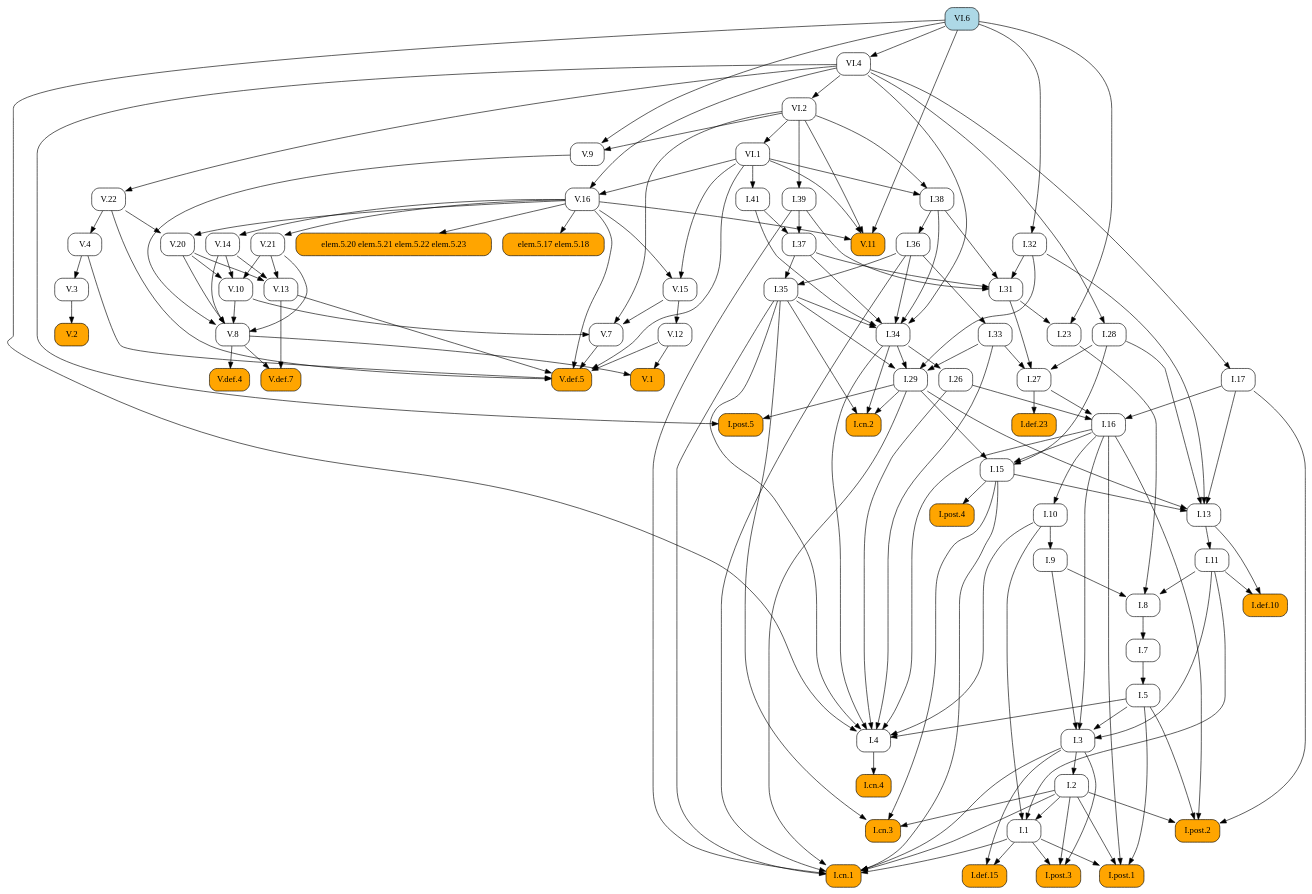
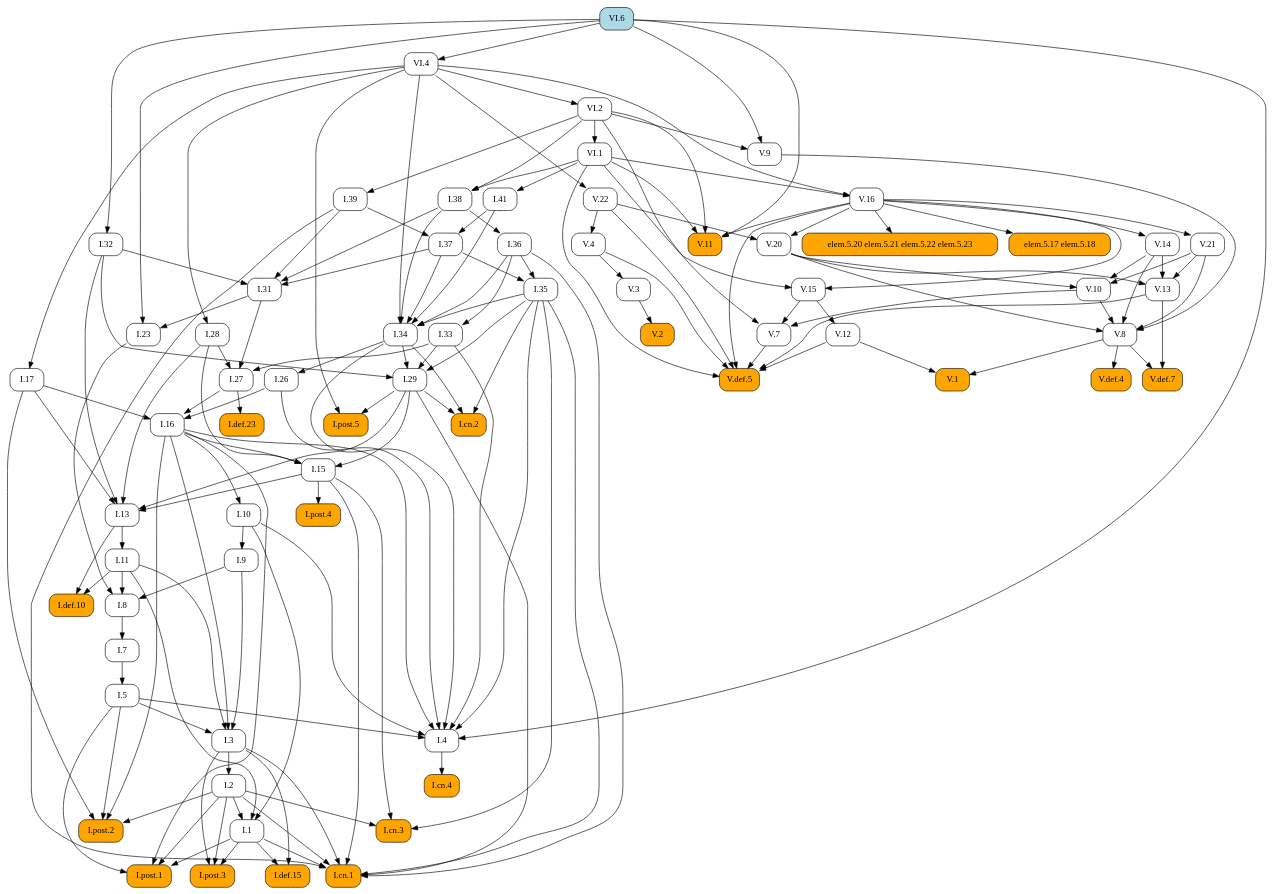
Before and after one commit to geometor/elements: the diagram in docsrc/heath/VI/6/index.rst, drawn with Graphviz. The commit also changed other lines of this file and 1029 other files, not shown here.

```diff
--- a/docsrc/heath/VI/6/index.rst
+++ b/docsrc/heath/VI/6/index.rst
@@ -79,115 +79,194 @@
    digraph {
      rankdir="TB";
      node [shape=box, style=rounded];
+     "I.def.10" [style="rounded,filled", fillcolor=orange, URL="/heath/I/def.10/", target="_top"];
+     "I.11" [URL="/heath/I/11/", target="_top"];
+     "I.post.4" [style="rounded,filled", fillcolor=orange, URL="/heath/I/post.4/", target="_top"];
+     "I.28" [URL="/heath/I/28/", target="_top"];
+     "I.1" [URL="/heath/I/1/", target="_top"];
+     "V.def.5" [style="rounded,filled", fillcolor=orange, URL="/heath/V/def.5/", target="_top"];
+     "V.13" [URL="/heath/V/13/", target="_top"];
+     "V.11" [style="rounded,filled", fillcolor=orange, URL="/heath/V/11/", target="_top"];
+     "VI.6" [style="rounded,filled", fillcolor=lightblue, URL="/heath/VI/6/", target="_top"];
+     "I.post.3" [style="rounded,filled", fillcolor=orange, URL="/heath/I/post.3/", target="_top"];
+     "VI.1" [URL="/heath/VI/1/", target="_top"];
+     "I.cn.3" [style="rounded,filled", fillcolor=orange, URL="/heath/I/cn.3/", target="_top"];
+     "V.16" [URL="/heath/V/16/", target="_top"];
+     "VI.4" [URL="/heath/VI/4/", target="_top"];
+     "V.3" [URL="/heath/V/3/", target="_top"];
+     "V.8" [URL="/heath/V/8/", target="_top"];
+     "I.27" [URL="/heath/I/27/", target="_top"];
+     "I.36" [URL="/heath/I/36/", target="_top"];
+     "I.41" [URL="/heath/I/41/", target="_top"];
+     "I.37" [URL="/heath/I/37/", target="_top"];
+     "I.34" [URL="/heath/I/34/", target="_top"];
+     "I.2" [URL="/heath/I/2/", target="_top"];
+     "I.def.23" [style="rounded,filled", fillcolor=orange, URL="/heath/I/def.23/", target="_top"];
+     "I.17" [URL="/heath/I/17/", target="_top"];
+     "I.33" [URL="/heath/I/33/", target="_top"];
+     "I.post.2" [style="rounded,filled", fillcolor=orange, URL="/heath/I/post.2/", target="_top"];
+     "elem.5.20 elem.5.21 elem.5.22 elem.5.23" [style="rounded,filled", fillcolor=orange];
+     "I.9" [URL="/heath/I/9/", target="_top"];
+     "I.32" [URL="/heath/I/32/", target="_top"];
+     "I.cn.4" [style="rounded,filled", fillcolor=orange, URL="/heath/I/cn.4/", target="_top"];
+     "V.def.4" [style="rounded,filled", fillcolor=orange, URL="/heath/V/def.4/", target="_top"];
+     "I.15" [URL="/heath/I/15/", target="_top"];
+     "I.38" [URL="/heath/I/38/", target="_top"];
+     "V.def.7" [style="rounded,filled", fillcolor=orange, URL="/heath/V/def.7/", target="_top"];
+     "I.5" [URL="/heath/I/5/", target="_top"];
+     "V.21" [URL="/heath/V/21/", target="_top"];
+     "I.39" [URL="/heath/I/39/", target="_top"];
+     "I.26" [URL="/heath/I/26/", target="_top"];
+     "V.14" [URL="/heath/V/14/", target="_top"];
+     "I.29" [URL="/heath/I/29/", target="_top"];
+     "V.22" [URL="/heath/V/22/", target="_top"];
+     "V.12" [URL="/heath/V/12/", target="_top"];
+     "I.cn.2" [style="rounded,filled", fillcolor=orange, URL="/heath/I/cn.2/", target="_top"];
+     "V.20" [URL="/heath/V/20/", target="_top"];
+     "V.10" [URL="/heath/V/10/", target="_top"];
+     "VI.2" [URL="/heath/VI/2/", target="_top"];
+     "I.def.15" [style="rounded,filled", fillcolor=orange, URL="/heath/I/def.15/", target="_top"];
+     "V.15" [URL="/heath/V/15/", target="_top"];
+     "I.cn.1" [style="rounded,filled", fillcolor=orange, URL="/heath/I/cn.1/", target="_top"];
+     "V.7" [URL="/heath/V/7/", target="_top"];
+     "V.9" [URL="/heath/V/9/", target="_top"];
+     "I.23" [URL="/heath/I/23/", target="_top"];
+     "I.post.1" [style="rounded,filled", fillcolor=orange, URL="/heath/I/post.1/", target="_top"];
+     "I.35" [URL="/heath/I/35/", target="_top"];
+     "I.7" [URL="/heath/I/7/", target="_top"];
+     "I.3" [URL="/heath/I/3/", target="_top"];
+     "I.4" [URL="/heath/I/4/", target="_top"];
+     "I.13" [URL="/heath/I/13/", target="_top"];
+     "V.4" [URL="/heath/V/4/", target="_top"];
+     "I.31" [URL="/heath/I/31/", target="_top"];
      "V.1" [style="rounded,filled", fillcolor=orange, URL="/heath/V/1/", target="_top"];
-     "I.29" [URL="/heath/I/29/", target="_top"];
-     "I.7" [URL="/heath/I/7/", target="_top"];
-     "I.27" [URL="/heath/I/27/", target="_top"];
-     "I.def.23" [style="rounded,filled", fillcolor=orange, URL="/heath/I/def.23/", target="_top"];
-     "V.20" [URL="/heath/V/20/", target="_top"];
-     "I.34" [URL="/heath/I/34/", target="_top"];
+     "I.16" [URL="/heath/I/16/", target="_top"];
+     "elem.5.17 elem.5.18" [style="rounded,filled", fillcolor=orange];
      "I.8" [URL="/heath/I/8/", target="_top"];
      "V.2" [style="rounded,filled", fillcolor=orange, URL="/heath/V/2/", target="_top"];
-     "I.9" [URL="/heath/I/9/", target="_top"];
-     "V.22" [URL="/heath/V/22/", target="_top"];
-     "I.post.4" [style="rounded,filled", fillcolor=orange, URL="/heath/I/post.4/", target="_top"];
-     "I.2" [URL="/heath/I/2/", target="_top"];
-     "V.4" [URL="/heath/V/4/", target="_top"];
-     "I.28" [URL="/heath/I/28/", target="_top"];
-     "VI.4" [URL="/heath/VI/4/", target="_top"];
-     "I.cn.4" [style="rounded,filled", fillcolor=orange, URL="/heath/I/cn.4/", target="_top"];
-     "VI.2" [URL="/heath/VI/2/", target="_top"];
-     "elem.5.20 elem.5.21 elem.5.22 elem.5.23" [style="rounded,filled", fillcolor=orange];
-     "I.23" [URL="/heath/I/23/", target="_top"];
-     "I.13" [URL="/heath/I/13/", target="_top"];
-     "I.5" [URL="/heath/I/5/", target="_top"];
-     "I.11" [URL="/heath/I/11/", target="_top"];
-     "I.4" [URL="/heath/I/4/", target="_top"];
-     "I.def.10" [style="rounded,filled", fillcolor=orange, URL="/heath/I/def.10/", target="_top"];
-     "I.post.3" [style="rounded,filled", fillcolor=orange, URL="/heath/I/post.3/", target="_top"];
-     "V.9" [URL="/heath/V/9/", target="_top"];
-     "elem.5.17 elem.5.18" [style="rounded,filled", fillcolor=orange];
-     "V.3" [URL="/heath/V/3/", target="_top"];
-     "I.36" [URL="/heath/I/36/", target="_top"];
-     "V.12" [URL="/heath/V/12/", target="_top"];
-     "I.15" [URL="/heath/I/15/", target="_top"];
-     "I.17" [URL="/heath/I/17/", target="_top"];
-     "I.32" [URL="/heath/I/32/", target="_top"];
-     "I.41" [URL="/heath/I/41/", target="_top"];
-     "V.def.5" [style="rounded,filled", fillcolor=orange, URL="/heath/V/def.5/", target="_top"];
-     "I.cn.3" [style="rounded,filled", fillcolor=orange, URL="/heath/I/cn.3/", target="_top"];
-     "V.16" [URL="/heath/V/16/", target="_top"];
-     "I.38" [URL="/heath/I/38/", target="_top"];
-     "V.15" [URL="/heath/V/15/", target="_top"];
-     "V.def.4" [style="rounded,filled", fillcolor=orange, URL="/heath/V/def.4/", target="_top"];
-     "V.21" [URL="/heath/V/21/", target="_top"];
-     "V.8" [URL="/heath/V/8/", target="_top"];
-     "V.7" [URL="/heath/V/7/", target="_top"];
-     "I.1" [URL="/heath/I/1/", target="_top"];
-     "I.def.15" [style="rounded,filled", fillcolor=orange, URL="/heath/I/def.15/", target="_top"];
-     "I.post.1" [style="rounded,filled", fillcolor=orange, URL="/heath/I/post.1/", target="_top"];
-     "V.13" [URL="/heath/V/13/", target="_top"];
-     "I.26" [URL="/heath/I/26/", target="_top"];
-     "I.33" [URL="/heath/I/33/", target="_top"];
-     "V.def.7" [style="rounded,filled", fillcolor=orange, URL="/heath/V/def.7/", target="_top"];
-     "I.39" [URL="/heath/I/39/", target="_top"];
-     "I.cn.2" [style="rounded,filled", fillcolor=orange, URL="/heath/I/cn.2/", target="_top"];
-     "V.10" [URL="/heath/V/10/", target="_top"];
+     "I.post.5" [style="rounded,filled", fillcolor=orange, URL="/heath/I/post.5/", target="_top"];
      "I.10" [URL="/heath/I/10/", target="_top"];
-     "I.3" [URL="/heath/I/3/", target="_top"];
-     "I.16" [URL="/heath/I/16/", target="_top"];
-     "I.31" [URL="/heath/I/31/", target="_top"];
-     "VI.6" [style="rounded,filled", fillcolor=lightblue, URL="/heath/VI/6/", target="_top"];
-     "V.11" [style="rounded,filled", fillcolor=orange, URL="/heath/V/11/", target="_top"];
-     "I.post.2" [style="rounded,filled", fillcolor=orange, URL="/heath/I/post.2/", target="_top"];
-     "I.post.5" [style="rounded,filled", fillcolor=orange, URL="/heath/I/post.5/", target="_top"];
-     "VI.1" [URL="/heath/VI/1/", target="_top"];
-     "I.35" [URL="/heath/I/35/", target="_top"];
-     "I.cn.1" [style="rounded,filled", fillcolor=orange, URL="/heath/I/cn.1/", target="_top"];
-     "I.37" [URL="/heath/I/37/", target="_top"];
-     "V.14" [URL="/heath/V/14/", target="_top"];
-     "V.8" -> "V.1";
-     "V.12" -> "V.1";
-     "I.32" -> "I.29";
-     "I.33" -> "I.29";
-     "I.34" -> "I.29";
-     "I.35" -> "I.29";
-     "I.8" -> "I.7";
+     "I.11" -> "I.def.10";
+     "I.13" -> "I.def.10";
+     "I.13" -> "I.11";
+     "I.15" -> "I.post.4";
+     "VI.4" -> "I.28";
+     "I.2" -> "I.1";
+     "I.10" -> "I.1";
+     "I.11" -> "I.1";
+     "V.4" -> "V.def.5";
+     "V.7" -> "V.def.5";
+     "V.12" -> "V.def.5";
+     "V.13" -> "V.def.5";
+     "V.16" -> "V.def.5";
+     "V.22" -> "V.def.5";
+     "VI.1" -> "V.def.5";
+     "V.14" -> "V.13";
+     "V.20" -> "V.13";
+     "V.21" -> "V.13";
+     "V.16" -> "V.11";
+     "VI.1" -> "V.11";
+     "VI.2" -> "V.11";
+     "VI.6" -> "V.11";
+     "I.1" -> "I.post.3";
+     "I.2" -> "I.post.3";
+     "I.3" -> "I.post.3";
+     "VI.2" -> "VI.1";
+     "I.2" -> "I.cn.3";
+     "I.15" -> "I.cn.3";
+     "I.35" -> "I.cn.3";
+     "VI.1" -> "V.16";
+     "VI.4" -> "V.16";
+     "VI.6" -> "VI.4";
+     "V.4" -> "V.3";
+     "V.9" -> "V.8";
+     "V.10" -> "V.8";
+     "V.14" -> "V.8";
+     "V.20" -> "V.8";
+     "V.21" -> "V.8";
      "I.28" -> "I.27";
      "I.31" -> "I.27";
      "I.33" -> "I.27";
-     "I.27" -> "I.def.23";
-     "V.16" -> "V.20";
-     "V.22" -> "V.20";
+     "I.38" -> "I.36";
+     "VI.1" -> "I.41";
+     "I.39" -> "I.37";
+     "I.41" -> "I.37";
      "I.35" -> "I.34";
      "I.36" -> "I.34";
      "I.37" -> "I.34";
      "I.38" -> "I.34";
      "I.41" -> "I.34";
      "VI.4" -> "I.34";
-     "I.9" -> "I.8";
-     "I.11" -> "I.8";
-     "I.23" -> "I.8";
-     "V.3" -> "V.2";
+     "I.3" -> "I.2";
+     "I.27" -> "I.def.23";
+     "VI.4" -> "I.17";
+     "I.36" -> "I.33";
+     "I.2" -> "I.post.2";
+     "I.5" -> "I.post.2";
+     "I.16" -> "I.post.2";
+     "I.17" -> "I.post.2";
+     "V.16" -> "elem.5.20 elem.5.21 elem.5.22 elem.5.23";
      "I.10" -> "I.9";
+     "VI.6" -> "I.32";
+     "I.4" -> "I.cn.4";
+     "V.8" -> "V.def.4";
+     "I.16" -> "I.15";
+     "I.28" -> "I.15";
+     "I.29" -> "I.15";
+     "VI.1" -> "I.38";
+     "VI.2" -> "I.38";
+     "V.8" -> "V.def.7";
+     "V.13" -> "V.def.7";
+     "I.7" -> "I.5";
+     "V.16" -> "V.21";
+     "VI.2" -> "I.39";
+     "I.34" -> "I.26";
+     "V.16" -> "V.14";
+     "I.32" -> "I.29";
+     "I.33" -> "I.29";
+     "I.34" -> "I.29";
+     "I.35" -> "I.29";
      "VI.4" -> "V.22";
-     "I.15" -> "I.post.4";
-     "I.3" -> "I.2";
-     "V.22" -> "V.4";
-     "VI.4" -> "I.28";
-     "VI.6" -> "VI.4";
-     "I.4" -> "I.cn.4";
+     "V.15" -> "V.12";
+     "I.29" -> "I.cn.2";
+     "I.34" -> "I.cn.2";
+     "I.35" -> "I.cn.2";
+     "V.16" -> "V.20";
+     "V.22" -> "V.20";
+     "V.14" -> "V.10";
+     "V.20" -> "V.10";
+     "V.21" -> "V.10";
      "VI.4" -> "VI.2";
-     "V.16" -> "elem.5.20 elem.5.21 elem.5.22 elem.5.23";
+     "I.1" -> "I.def.15";
+     "I.3" -> "I.def.15";
+     "V.16" -> "V.15";
+     "VI.1" -> "V.15";
+     "I.1" -> "I.cn.1";
+     "I.2" -> "I.cn.1";
+     "I.3" -> "I.cn.1";
+     "I.15" -> "I.cn.1";
+     "I.29" -> "I.cn.1";
+     "I.35" -> "I.cn.1";
+     "I.36" -> "I.cn.1";
+     "I.39" -> "I.cn.1";
+     "V.10" -> "V.7";
+     "V.15" -> "V.7";
+     "VI.2" -> "V.7";
+     "VI.2" -> "V.9";
+     "VI.6" -> "V.9";
      "I.31" -> "I.23";
      "VI.6" -> "I.23";
-     "I.15" -> "I.13";
-     "I.17" -> "I.13";
-     "I.28" -> "I.13";
-     "I.29" -> "I.13";
-     "I.32" -> "I.13";
-     "I.7" -> "I.5";
-     "I.13" -> "I.11";
+     "I.1" -> "I.post.1";
+     "I.2" -> "I.post.1";
+     "I.5" -> "I.post.1";
+     "I.16" -> "I.post.1";
+     "I.36" -> "I.35";
+     "I.37" -> "I.35";
+     "I.8" -> "I.7";
+     "I.5" -> "I.3";
+     "I.9" -> "I.3";
+     "I.11" -> "I.3";
+     "I.16" -> "I.3";
      "I.5" -> "I.4";
      "I.10" -> "I.4";
      "I.16" -> "I.4";
@@ -196,106 +275,27 @@
      "I.34" -> "I.4";
      "I.35" -> "I.4";
      "VI.6" -> "I.4";
-     "I.11" -> "I.def.10";
-     "I.13" -> "I.def.10";
-     "I.1" -> "I.post.3";
-     "I.2" -> "I.post.3";
-     "I.3" -> "I.post.3";
-     "VI.2" -> "V.9";
-     "VI.6" -> "V.9";
-     "V.16" -> "elem.5.17 elem.5.18";
-     "V.4" -> "V.3";
-     "I.38" -> "I.36";
-     "V.15" -> "V.12";
-     "I.16" -> "I.15";
-     "I.28" -> "I.15";
-     "I.29" -> "I.15";
-     "VI.4" -> "I.17";
-     "VI.6" -> "I.32";
-     "VI.1" -> "I.41";
-     "V.4" -> "V.def.5";
-     "V.7" -> "V.def.5";
-     "V.12" -> "V.def.5";
-     "V.13" -> "V.def.5";
-     "V.16" -> "V.def.5";
-     "V.22" -> "V.def.5";
-     "VI.1" -> "V.def.5";
-     "I.2" -> "I.cn.3";
-     "I.15" -> "I.cn.3";
-     "I.35" -> "I.cn.3";
-     "VI.1" -> "V.16";
-     "VI.4" -> "V.16";
-     "VI.1" -> "I.38";
-     "VI.2" -> "I.38";
-     "V.16" -> "V.15";
-     "VI.1" -> "V.15";
-     "V.8" -> "V.def.4";
-     "V.16" -> "V.21";
-     "V.9" -> "V.8";
-     "V.10" -> "V.8";
-     "V.14" -> "V.8";
-     "V.20" -> "V.8";
-     "V.21" -> "V.8";
-     "V.10" -> "V.7";
-     "V.15" -> "V.7";
-     "VI.2" -> "V.7";
-     "I.2" -> "I.1";
-     "I.10" -> "I.1";
-     "I.11" -> "I.1";
-     "I.1" -> "I.def.15";
-     "I.3" -> "I.def.15";
-     "I.1" -> "I.post.1";
-     "I.2" -> "I.post.1";
-     "I.5" -> "I.post.1";
-     "I.16" -> "I.post.1";
-     "V.14" -> "V.13";
-     "V.20" -> "V.13";
-     "V.21" -> "V.13";
-     "I.34" -> "I.26";
-     "I.36" -> "I.33";
-     "V.8" -> "V.def.7";
-     "V.13" -> "V.def.7";
-     "VI.2" -> "I.39";
-     "I.29" -> "I.cn.2";
-     "I.34" -> "I.cn.2";
-     "I.35" -> "I.cn.2";
-     "V.14" -> "V.10";
-     "V.20" -> "V.10";
-     "V.21" -> "V.10";
-     "I.16" -> "I.10";
-     "I.5" -> "I.3";
-     "I.9" -> "I.3";
-     "I.11" -> "I.3";
-     "I.16" -> "I.3";
-     "I.17" -> "I.16";
-     "I.26" -> "I.16";
-     "I.27" -> "I.16";
+     "I.15" -> "I.13";
+     "I.17" -> "I.13";
+     "I.28" -> "I.13";
+     "I.29" -> "I.13";
+     "I.32" -> "I.13";
+     "V.22" -> "V.4";
      "I.32" -> "I.31";
      "I.37" -> "I.31";
      "I.38" -> "I.31";
      "I.39" -> "I.31";
-     "V.16" -> "V.11";
-     "VI.1" -> "V.11";
-     "VI.2" -> "V.11";
-     "VI.6" -> "V.11";
-     "I.2" -> "I.post.2";
-     "I.5" -> "I.post.2";
-     "I.16" -> "I.post.2";
-     "I.17" -> "I.post.2";
+     "V.8" -> "V.1";
+     "V.12" -> "V.1";
+     "I.17" -> "I.16";
+     "I.26" -> "I.16";
+     "I.27" -> "I.16";
+     "V.16" -> "elem.5.17 elem.5.18";
+     "I.9" -> "I.8";
+     "I.11" -> "I.8";
+     "I.23" -> "I.8";
+     "V.3" -> "V.2";
      "I.29" -> "I.post.5";
      "VI.4" -> "I.post.5";
-     "VI.2" -> "VI.1";
-     "I.36" -> "I.35";
-     "I.37" -> "I.35";
-     "I.1" -> "I.cn.1";
-     "I.2" -> "I.cn.1";
-     "I.3" -> "I.cn.1";
-     "I.15" -> "I.cn.1";
-     "I.29" -> "I.cn.1";
-     "I.35" -> "I.cn.1";
-     "I.36" -> "I.cn.1";
-     "I.39" -> "I.cn.1";
-     "I.39" -> "I.37";
-     "I.41" -> "I.37";
-     "V.16" -> "V.14";
+     "I.16" -> "I.10";
    }
```
